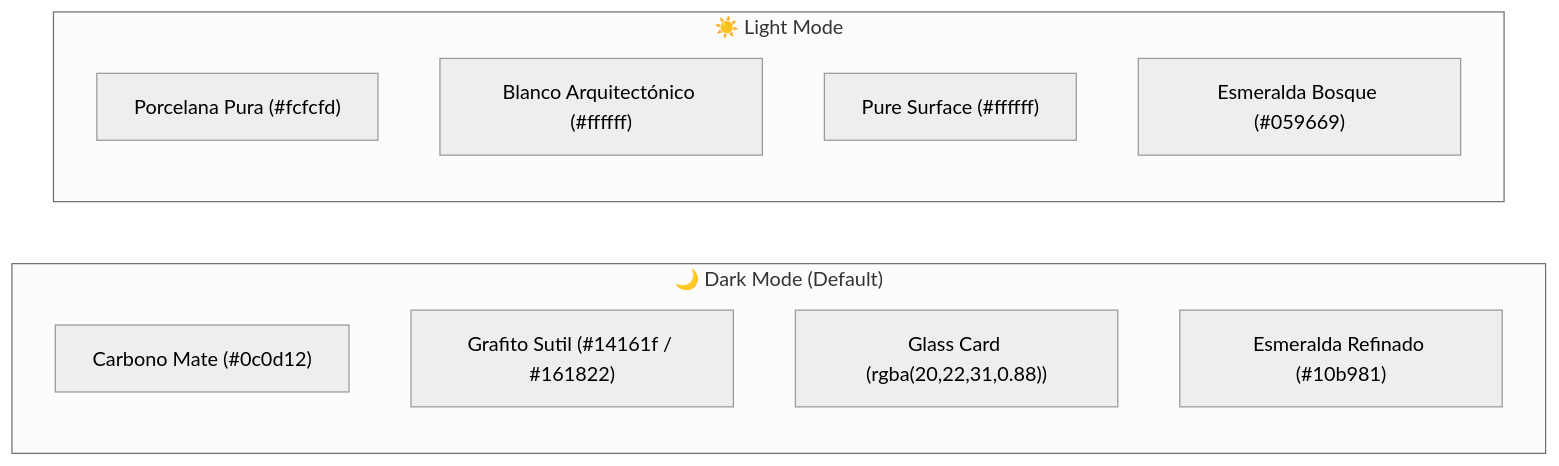
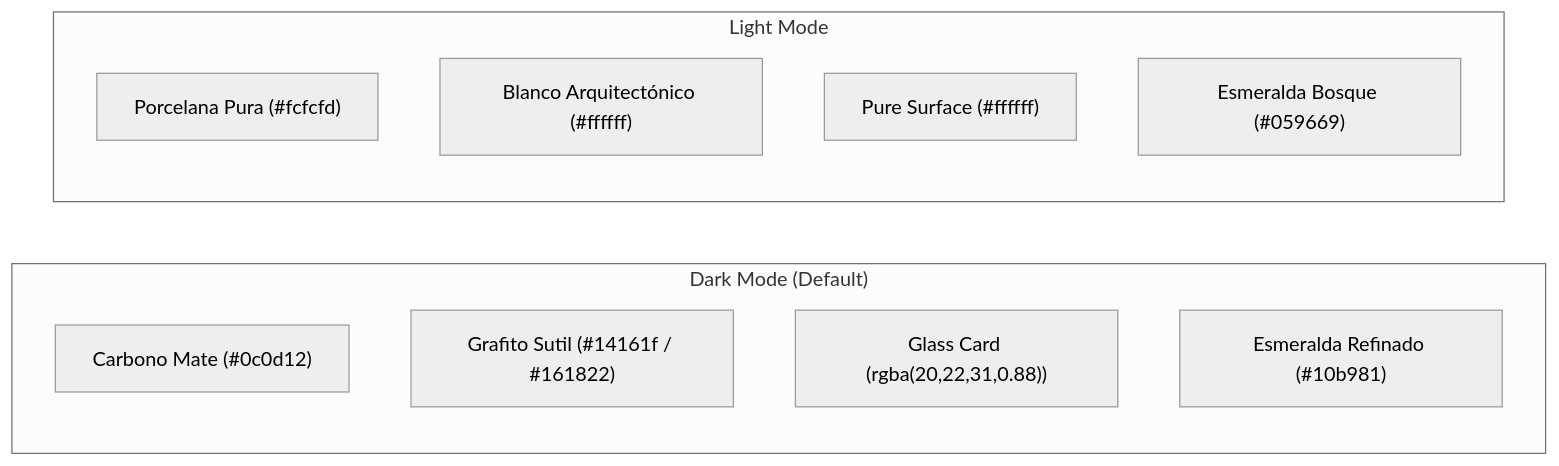
The second of 4 diagrams in docs/03_Frontend/Guia-Estilos-Tailwind.md (SebzSGC/Control-Gastos), drawn with Mermaid (neutral theme) before and after one commit. The commit also changed other lines of this file and 16 other files, not shown here.

````diff
--- a/docs/03_Frontend/Guia-Estilos-Tailwind.md
+++ b/docs/03_Frontend/Guia-Estilos-Tailwind.md
@@ -44,16 +44,16 @@
 ```mermaid
 flowchart LR
-    subgraph DarkTheme["🌙 Dark Mode (Default)"]
+    subgraph DarkTheme["Dark Mode (Default)"]
         D_BG["Carbono Mate (#0c0d12)"]
         D_SURF["Grafito Sutil (#14161f / #161822)"]
         D_CARD["Glass Card (rgba(20,22,31,0.88))"]
         D_ACC["Esmeralda Refinado (#10b981)"]
     end
 
-    subgraph LightTheme["☀️ Light Mode"]
+    subgraph LightTheme["Light Mode"]
         L_BG["Porcelana Pura (#fcfcfd)"]
         L_SURF["Blanco Arquitectónico (#ffffff)"]
         L_CARD["Pure Surface (#ffffff)"]
         L_ACC["Esmeralda Bosque (#059669)"]
     end
 ```
````
